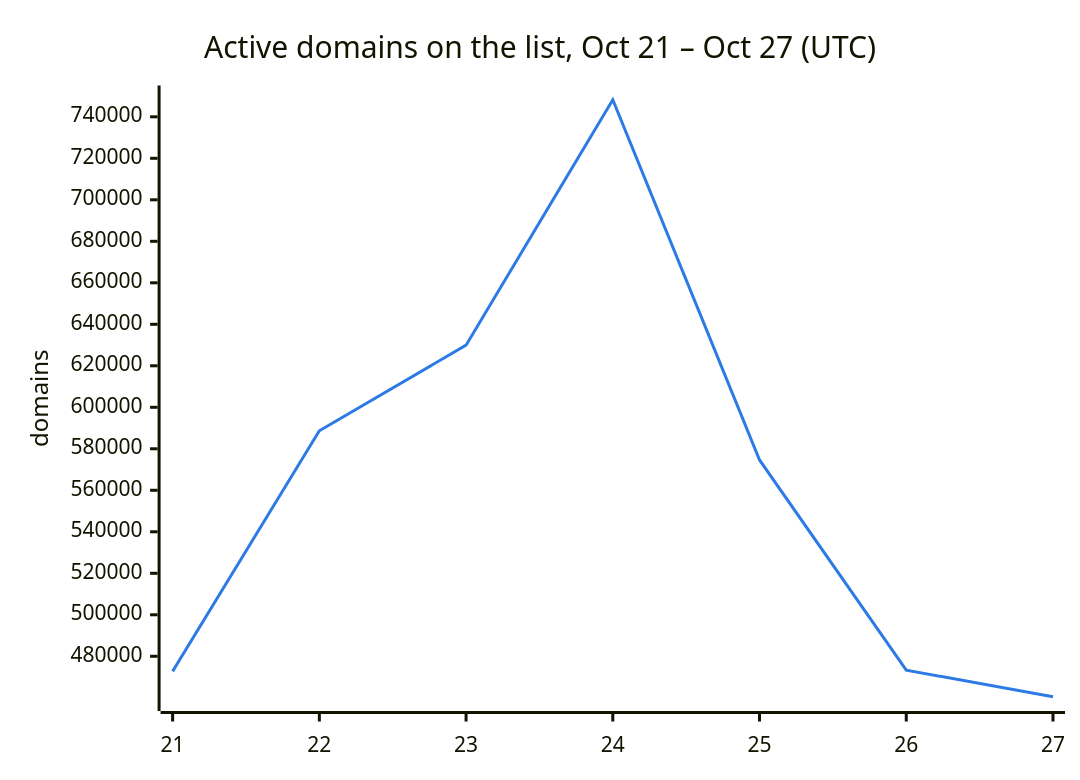
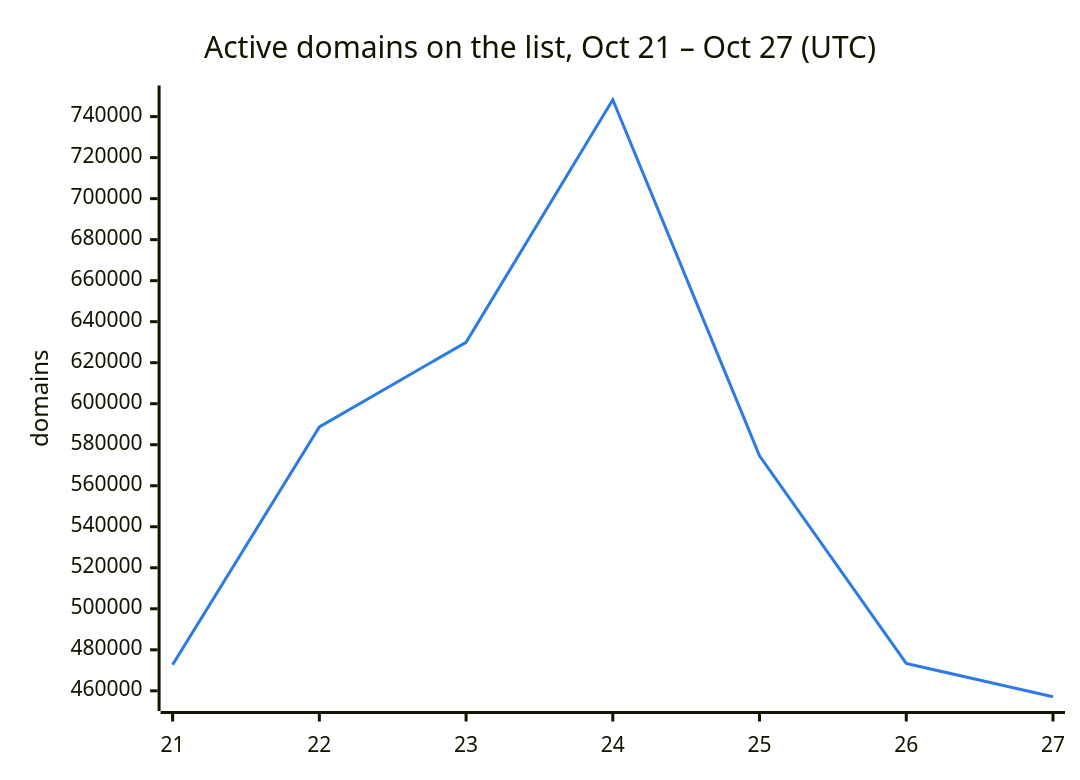
Before and after one commit to DNSBunker/CTI: the second of 3 diagrams in README.md, drawn with Mermaid. The commit also changed other lines of this file and 3 other files, not shown here.

````diff
--- a/README.md
+++ b/README.md
@@ -38,8 +38,8 @@
 ```mermaid
 %%{init: {"themeVariables": {"xyChart": {"plotColorPalette": "#2c7be5"}}}}%%
 xychart-beta
     title "Active domains on the list, Oct 21 – Oct 27 (UTC)"
     x-axis ["21", "22", "23", "24", "25", "26", "27"]
     y-axis "domains"
-    line [472713, 588659, 629951, 748222, 574614, 473331, 460494]
+    line [472713, 588659, 629951, 748222, 574614, 473331, 457108]
 ```
````
